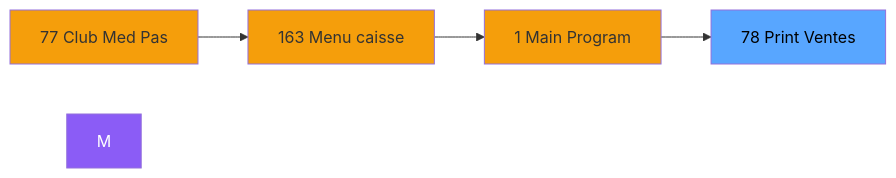
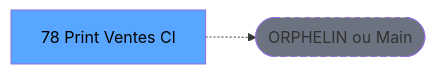
Before and after one commit to thonyAGP/lecteur-magic: the second of 3 diagrams in .openspec/renders/ADH-IDE-78.md, drawn with Mermaid. The commit also changed other lines of this file and 701 other files, not shown here.

````diff
--- a/.openspec/renders/ADH-IDE-78.md
+++ b/.openspec/renders/ADH-IDE-78.md
@@ -115,15 +120,8 @@
 ```mermaid
 graph LR
-    N77[77 Club Med Pas]
-    N163[163 Menu caisse ]
-    N1[1 Main Program]
-    T[78 Print Ventes]
-    N77 --> N163
-    N163 --> N1
-    N1 --> T
-    style M fill:#8b5cf6,color:#fff
-    style N77 fill:#f59e0b
-    style N163 fill:#f59e0b
-    style N1 fill:#f59e0b
+    T[78 Print Ventes Cl]
+    ORPHAN([ORPHELIN ou Main])
+    T -.-> ORPHAN
     style T fill:#58a6ff,color:#000
+    style ORPHAN fill:#6b7280,stroke-dasharray: 5 5
 ```
````
